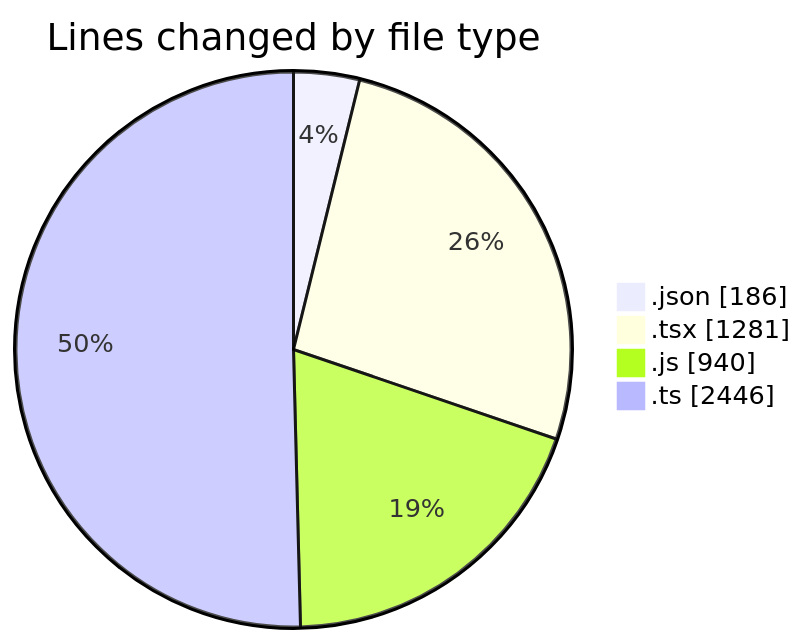
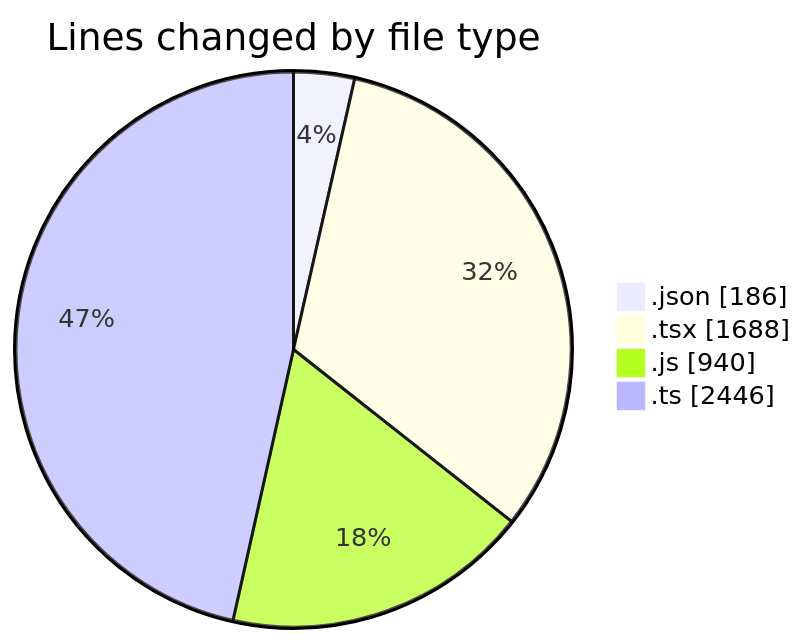
One commit to momahboobian/code-tracking changed the first of 2 diagrams in 2026-07-14/cda/README.md. Above: the diagram before and after it, drawn with Mermaid. The commit also changed other lines of this file and 1 other file, not shown here.

````diff
--- a/2026-07-14/cda/README.md
+++ b/2026-07-14/cda/README.md
@@ -45,8 +46,8 @@
 ```mermaid
 pie showData
 title Lines changed by file type
 ".json" : 186
-".tsx" : 1281
+".tsx" : 1688
 ".js" : 940
 ".ts" : 2446
 ```
````
